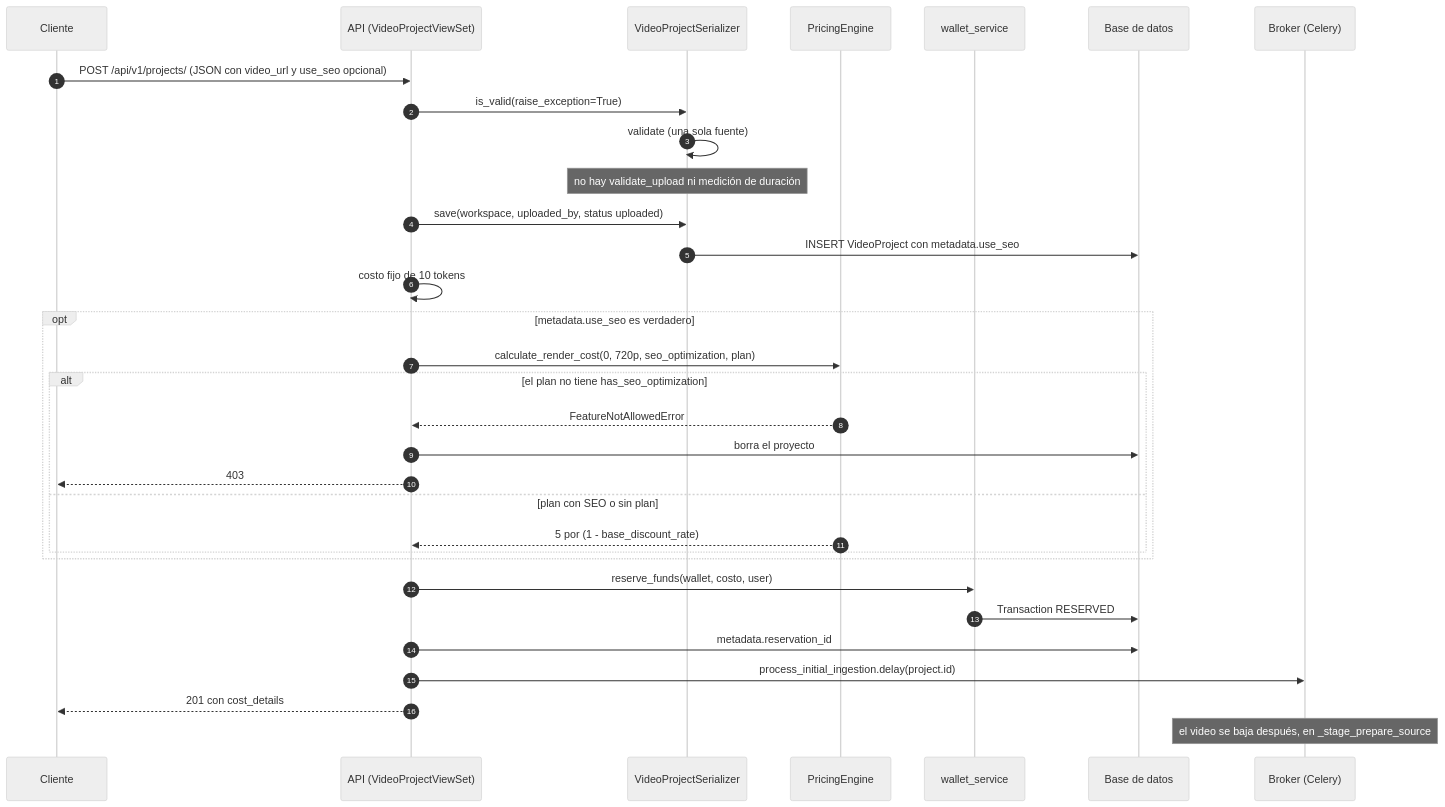
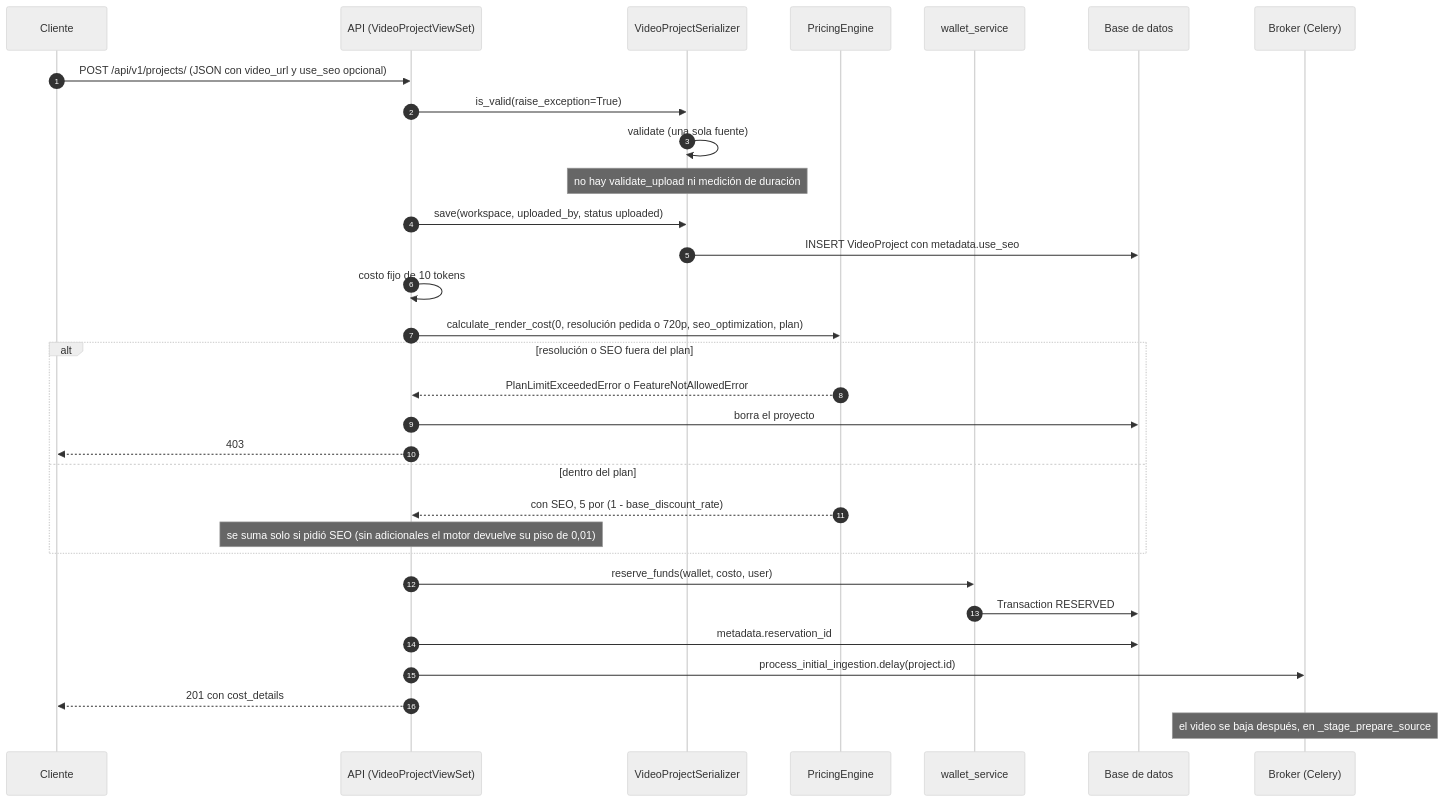
One commit to RomeKai/videoeditUTN changed the second of 4 diagrams in documents/ia/01-creacion-de-proyecto.md. Above: the diagram before and after it, drawn with Mermaid (neutral theme). The commit also changed other lines of this file and 21 other files, not shown here.

````diff
--- a/documents/ia/01-creacion-de-proyecto.md
+++ b/documents/ia/01-creacion-de-proyecto.md
@@ -105,35 +105,34 @@
 ```mermaid
 sequenceDiagram
     autonumber
     participant C as Cliente
     participant API as API (VideoProjectViewSet)
     participant SER as VideoProjectSerializer
     participant PE as PricingEngine
     participant WS as wallet_service
     participant DB as Base de datos
     participant Q as Broker (Celery)
 
     C->>API: POST /api/v1/projects/ (JSON con video_url y use_seo opcional)
     API->>SER: is_valid(raise_exception=True)
     SER->>SER: validate (una sola fuente)
     Note over SER: no hay validate_upload ni medición de duración
     API->>SER: save(workspace, uploaded_by, status uploaded)
     SER->>DB: INSERT VideoProject con metadata.use_seo
     API->>API: costo fijo de 10 tokens
-    opt metadata.use_seo es verdadero
-        API->>PE: calculate_render_cost(0, 720p, seo_optimization, plan)
-        alt el plan no tiene has_seo_optimization
-            PE-->>API: FeatureNotAllowedError
-            API->>DB: borra el proyecto
-            API-->>C: 403
-        else plan con SEO o sin plan
-            PE-->>API: 5 por (1 - base_discount_rate)
-        end
+    API->>PE: calculate_render_cost(0, resolución pedida o 720p, seo_optimization, plan)
+    alt resolución o SEO fuera del plan
+        PE-->>API: PlanLimitExceededError o FeatureNotAllowedError
+        API->>DB: borra el proyecto
+        API-->>C: 403
+    else dentro del plan
+        PE-->>API: con SEO, 5 por (1 - base_discount_rate)
+        Note over API: se suma solo si pidió SEO (sin adicionales el motor devuelve su piso de 0,01)
     end
     API->>WS: reserve_funds(wallet, costo, user)
     WS->>DB: Transaction RESERVED
     API->>DB: metadata.reservation_id
     API->>Q: process_initial_ingestion.delay(project.id)
     API-->>C: 201 con cost_details
     Note over Q: el video se baja después, en _stage_prepare_source
 ```
````
